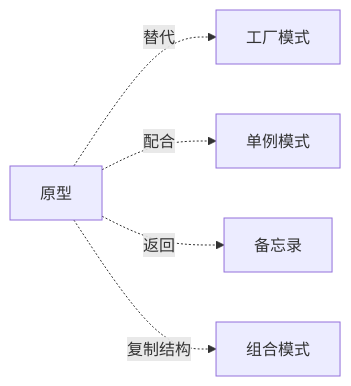
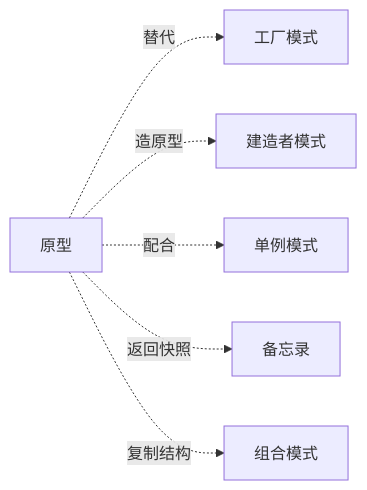
The fourth of 4 diagrams in docs/08.编程/03.巧学设计模式/04.原型模式设计思想.md (chongyang211/YCBookBlog), drawn with Mermaid before and after one commit. The commit also changed other lines of this file and 14 other files, not shown here.

````diff
--- a/docs/08.编程/03.巧学设计模式/04.原型模式设计思想.md
+++ b/docs/08.编程/03.巧学设计模式/04.原型模式设计思想.md
@@ -614,7 +706,8 @@
 ```mermaid
 flowchart LR
     原型 -.替代.-> 工厂[工厂模式]
+    原型 -.造原型.-> 建造者[建造者模式]
     原型 -.配合.-> 单例[单例模式]
-    原型 -.返回.-> 备忘录[备忘录]
+    原型 -.返回快照.-> 备忘录[备忘录]
     原型 -.复制结构.-> 组合[组合模式]
 ```
````
